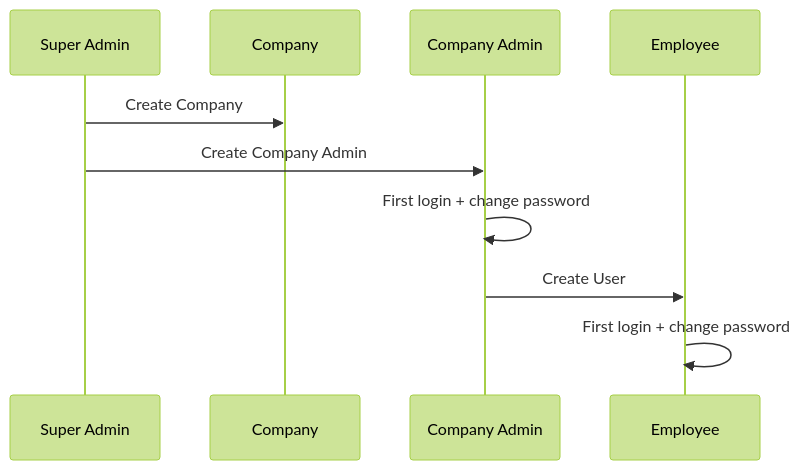
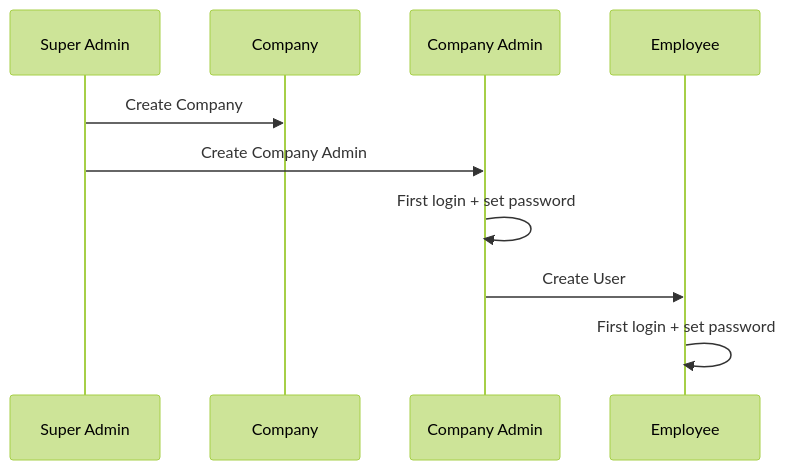
Before and after one commit to tomvieilledent/portfolio-MDE_dashboard: the fourth of 5 diagrams in docs/stage3.md, drawn with Mermaid (forest theme). The commit also changed other lines of this file and 27 other files, not shown here.

````diff
--- a/docs/stage3.md
+++ b/docs/stage3.md
@@ -236,13 +277,13 @@
 ```mermaid
 sequenceDiagram
 	participant SA as Super Admin
 	participant C as Company
 	participant A as Company Admin
 	participant U as Employee
 
 	SA->>C: Create Company
 	SA->>A: Create Company Admin
-	A->>A: First login + change password
+	A->>A: First login + set password
 	A->>U: Create User
-	U->>U: First login + change password
+	U->>U: First login + set password
 ```
````
